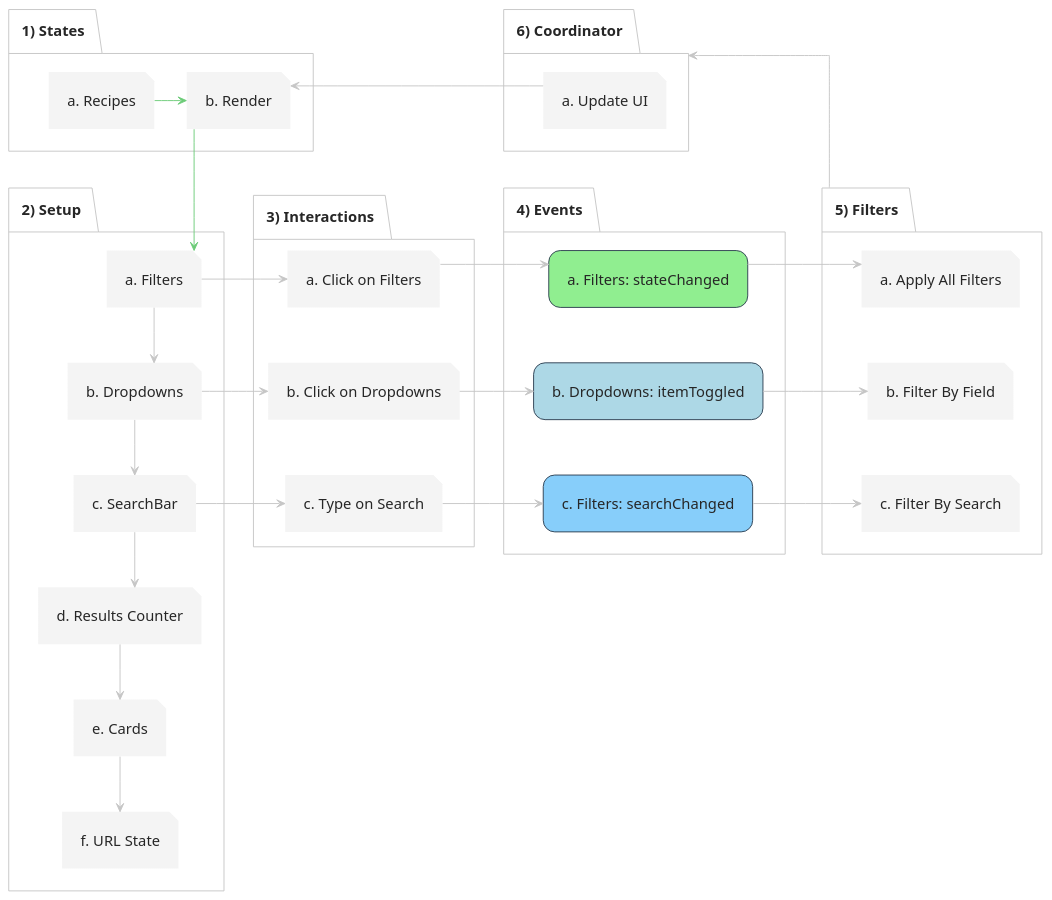
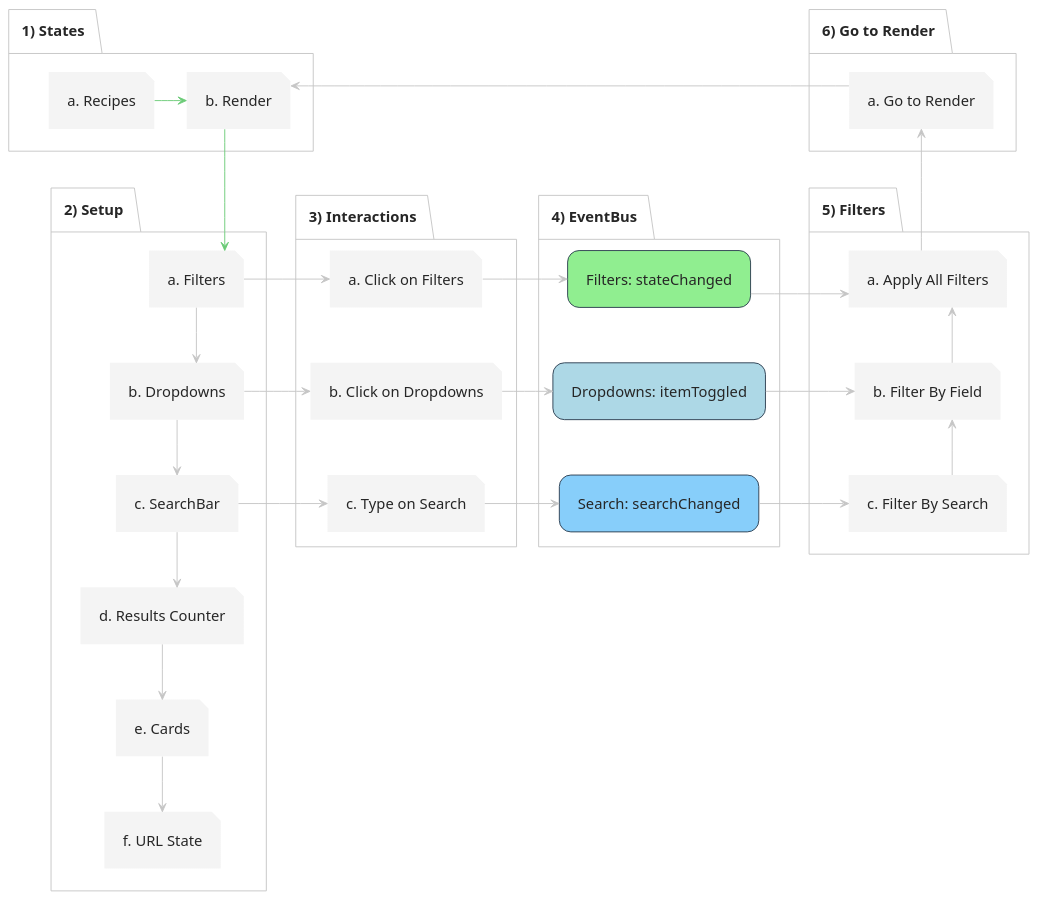
Before and after one commit to Steinshy/OC-LesPetitPlats: the diagram in activityStructure.puml, drawn with PlantUML. The commit also changed 7 other files, not shown here.

Commit message:
Remove dispatchEvent for small eventBus. Remove setupCoordinator. Update UML

```diff
--- a/activityStructure.puml
+++ b/activityStructure.puml
@@ -1,133 +1,136 @@
 @startuml activityDiagram
 !theme carbon-gray
 top to bottom direction
 
 ' ---------------------
 ' General style
 ' ---------------------
 skinparam backgroundColor #FFFFFF
 skinparam defaultFontSize 16
 skinparam shadowing false
 skinparam linetype ortho
 skinparam ArrowStyle none
 
 ' Rectangle style
 skinparam rectangle {
   RoundCorner 25
   BorderColor #2C3E50
 }
 
 ' Package style
 skinparam package {
   BackgroundColor transparent
 }
 
 ' Component style
 skinparam component {
   BackgroundColor #F5F5F5
   BorderColor #2C3E50
   BorderThickness 0
   FontName "Inter"
   FontSize 16
   FontStyle normal
 }
 
 ' Node style
 skinparam node {
   BackgroundColor #F5F5F5
   BorderColor #2C3E50
   FontColor #2C3E50
   Roundcorner 0
 }
 
 ' ---------------------
 ' Activity Diagram
 ' ---------------------
 folder "1) States" as StatesBlock {
   file "a. Recipes" as Recipes
   file "b. Render" as Render
+
   
   Recipes -> Render #6BCB77
 }
 
 folder "2) Setup" as SetupBlock {
   file "a. Filters" as SetupFilters
   file "b. Dropdowns" as SetupDropdowns
   file "c. SearchBar" as SetupSearchBar
   file "d. Results Counter" as SetupCounter
   file "e. Cards" as SetupCards
   file "f. URL State" as UpdateURLState
   
   SetupFilters -down-> SetupDropdowns
   SetupDropdowns -down-> SetupSearchBar
   SetupSearchBar -down-> SetupCounter
   SetupCounter -down-> SetupCards
   SetupCards -down-> UpdateURLState
 }
 
 folder "3) Interactions" as InteractionsBlock {
   file "a. Click on Filters" as FiltersInteraction
   file "b. Click on Dropdowns" as DropdownsInteraction
   file "c. Type on Search" as SearchInteraction
   
   FiltersInteraction -[hidden]-> DropdownsInteraction
   DropdownsInteraction -[hidden]-> SearchInteraction
 }
 
-folder "4) Events" as EventsBlock {
-  rectangle "a. Filters: stateChanged" as FiltersStateChangedEvent #LightGreen
-  rectangle "b. Dropdowns: itemToggled" as DropdownEvent #LightBlue
-  rectangle "c. Filters: searchChanged" as FiltersSearchEvent #LightSkyBlue
+folder "4) EventBus" as EventBusBlock {
+  rectangle "Filters: stateChanged" as EBState #LightGreen
+  rectangle "Dropdowns: itemToggled" as EBItem #LightBlue
+  rectangle "Search: searchChanged" as EBSearch #LightSkyBlue
 
-  FiltersStateChangedEvent -[hidden]-> DropdownEvent
-  DropdownEvent -[hidden]-> FiltersSearchEvent
+  EBState -[hidden]-> EBItem
+  EBItem -[hidden]-> EBSearch
 }
 
 folder "5) Filters" as FiltersBlock {
   file "a. Apply All Filters" as ApplyAllFilters
   file "b. Filter By Field" as FilterByField
   file "c. Filter By Search" as FilterBySearch
 
   ApplyAllFilters -[hidden]-> FilterByField
   FilterByField -[hidden]-> FilterBySearch
+  FilterByField -up-> ApplyAllFilters
+  FilterBySearch -up-> FilterByField
 }
 
-folder "6) Coordinator" as CoordinatorBlock {
-  file "a. Update UI" as UpdateUI
+folder "6) Go to Render" as GoToRenderBlock {
+  file "a. Go to Render" as GoToRender
 }
 
 ' ---------------------
 ' StatesBlock -> Setup
 ' ---------------------
 StatesBlock -[hidden]-> SetupBlock
-CoordinatorBlock -[hidden]-> EventsBlock
-Render -> SetupFilters #6BCB77
+Render -[hidden]-> SetupFilters
+GoToRenderBlock -[hidden]-> FiltersBlock
+Render -down-> SetupFilters #6BCB77
 
 ' ---------------------
 ' Setup -> User Interactions
 ' ---------------------
-SetupFilters -right-> FiltersInteraction
-SetupDropdowns -right-> DropdownsInteraction
-SetupSearchBar -right-> SearchInteraction
-
+SetupFilters -> FiltersInteraction
+SetupDropdowns -> DropdownsInteraction
+SetupSearchBar -> SearchInteraction
 ' ---------------------
 ' EventsBlock -> Filters
 ' ---------------------
-FiltersInteraction -> FiltersStateChangedEvent
-DropdownsInteraction -> DropdownEvent
-SearchInteraction -> FiltersSearchEvent
+FiltersInteraction -> EBState
+DropdownsInteraction -> EBItem
+SearchInteraction -> EBSearch
 
 ' ---------------------
-' Filters -> Coordinator
+' Filters -> EventBus
 ' ---------------------
-FiltersStateChangedEvent -right-> ApplyAllFilters
-DropdownEvent -right-> FilterByField
-FiltersSearchEvent -right-> FilterBySearch
+EBState -> ApplyAllFilters
+EBItem -> FilterByField
+EBSearch -> FilterBySearch
 
 ' ---------------------
-' Coordinator -> Render
+' Filters -> Go to Render
 ' ---------------------
-FiltersBlock -up-> CoordinatorBlock
-UpdateUI -> Render
+ApplyAllFilters -up-> GoToRender
+GoToRender -> Render
 
 @enduml
```
